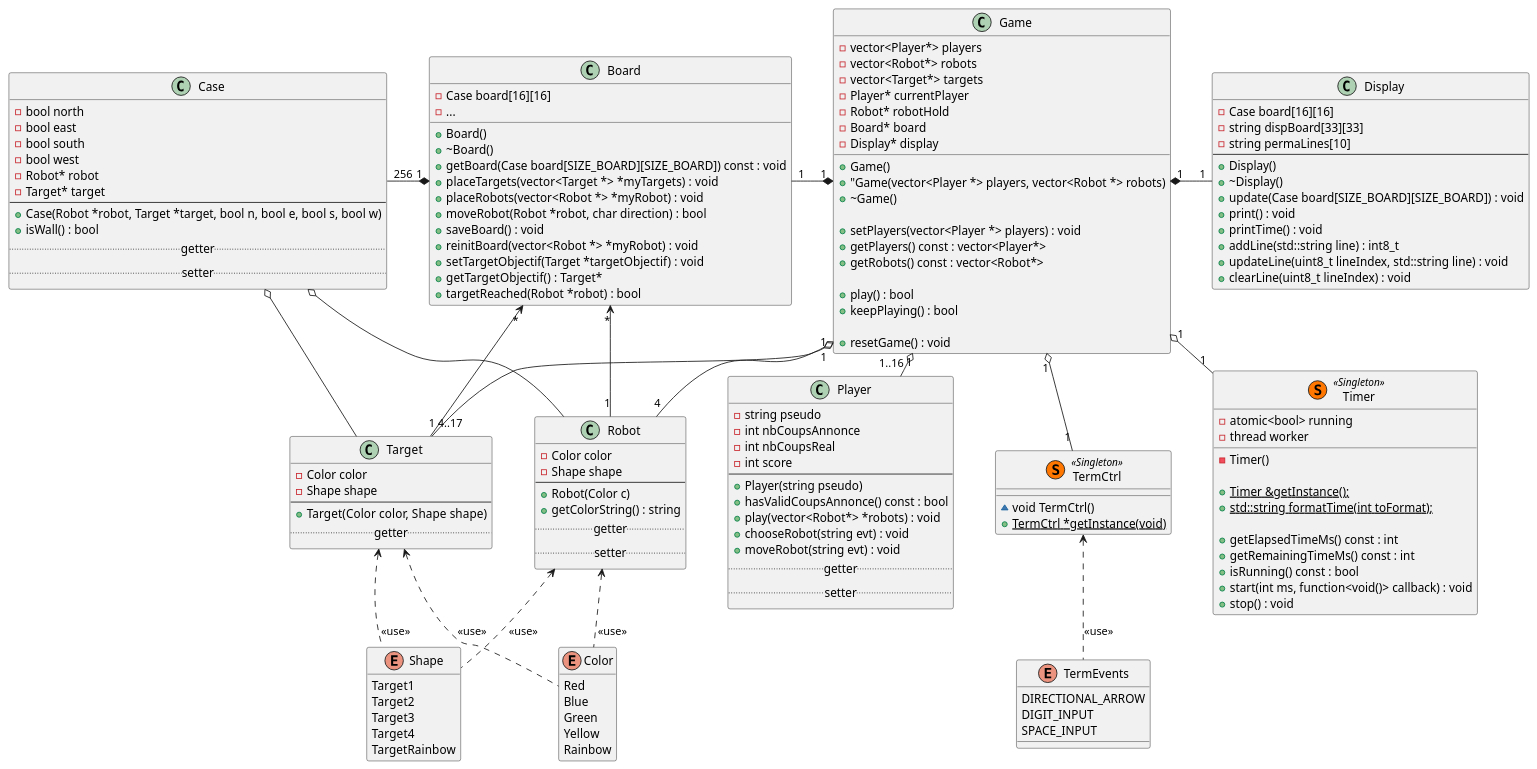
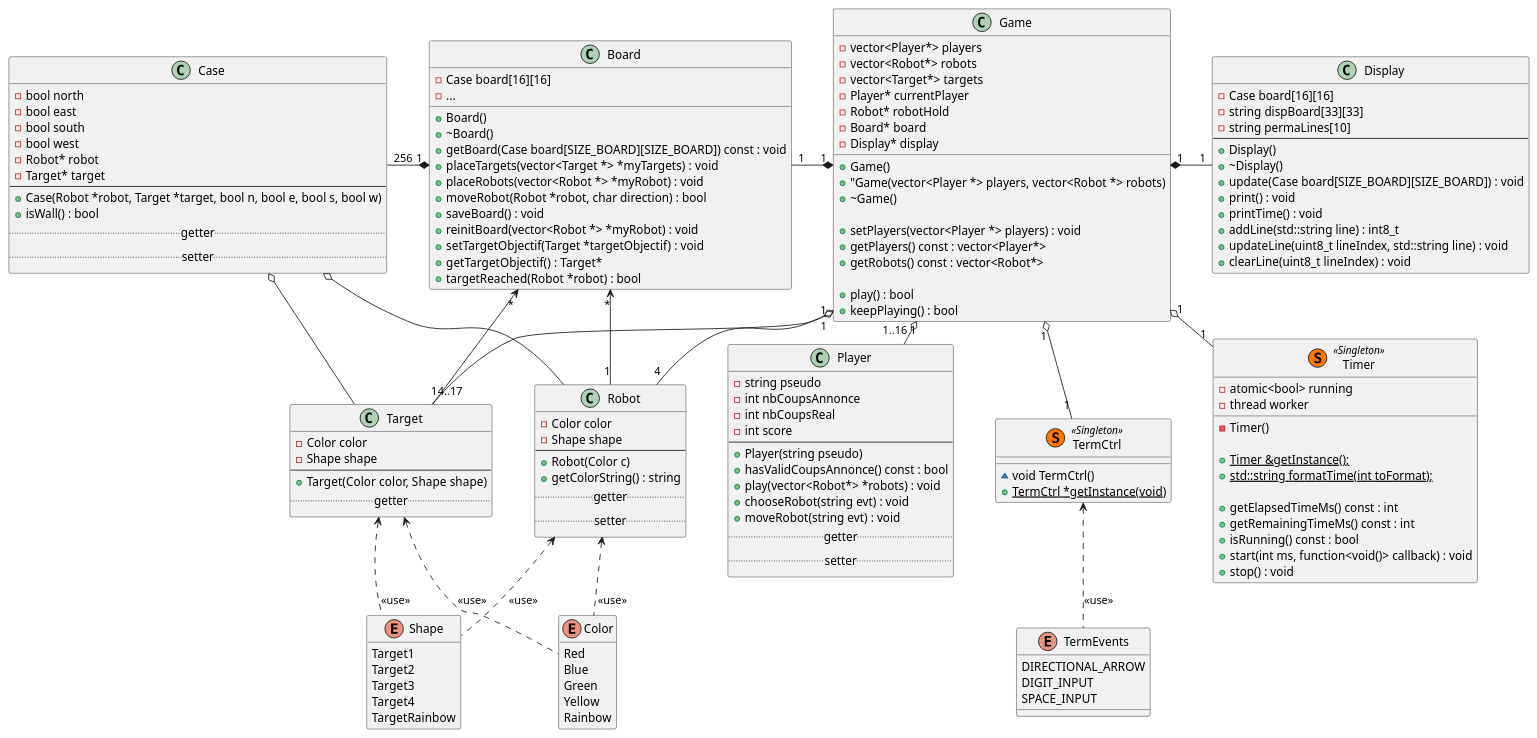
Before and after one commit to ECN-SEC-SMP/tp11-note-nath-jack-elou-euge: the diagram in doc/UMLDiagram.puml, drawn with PlantUML. The commit also changed 16 other files, not shown here.

```diff
--- a/doc/UMLDiagram.puml
+++ b/doc/UMLDiagram.puml
@@ -1,184 +1,182 @@
 @startuml UML Diagram
 
 skinparam nodesep 50
 skinparam ranksep 20
 
 top to bottom direction
 
 hide @unlinked
 
 class Game {
     - vector<Player*> players
     - vector<Robot*> robots
     - vector<Target*> targets
     - Player* currentPlayer
     - Robot* robotHold
     - Board* board
     - Display* display
 
     + Game()
     + "Game(vector<Player *> players, vector<Robot *> robots)
     + ~Game()
 
     + setPlayers(vector<Player *> players) : void
     + getPlayers() const : vector<Player*>
     + getRobots() const : vector<Robot*>
 
     + play() : bool
-    + keepPlaying() : bool
-    
-    + resetGame() : void
+    + keepPlaying() : bool    
 }
 
 Game "1" *-left- "1" Board
 Game "1" *-right- "1" Display
 Game "1" o-- "1..16" Player
 Game "1" o-- "4" Robot
 Game "1" o-- "4..17" Target
 Game "1" o-- "1" TermCtrl
 Game "1" o-- "1" Timer
 
 class Player {
     - string pseudo
     - int nbCoupsAnnonce
     - int nbCoupsReal
     - int score
     ---
     + Player(string pseudo)
     + hasValidCoupsAnnonce() const : bool
     + play(vector<Robot*> *robots) : void
     + chooseRobot(string evt) : void
     + moveRobot(string evt) : void
     .. getter ..
     .. setter ..
 }
 
 class Board {
     - Case board[16][16]
     - ...
 
     + Board()
     + ~Board()
     + getBoard(Case board[SIZE_BOARD][SIZE_BOARD]) const : void
     + placeTargets(vector<Target *> *myTargets) : void
     + placeRobots(vector<Robot *> *myRobot) : void
     + moveRobot(Robot *robot, char direction) : bool
     + saveBoard() : void
     + reinitBoard(vector<Robot *> *myRobot) : void
     + setTargetObjectif(Target *targetObjectif) : void
     + getTargetObjectif() : Target*
     + targetReached(Robot *robot) : bool
 }
 
 Board "1" *-left- "256" Case
 Board "*" <-down- "1" Robot
 Board "*" <-down- "1" Target
 
 class Case {
     - bool north
     - bool east
     - bool south
     - bool west
     - Robot* robot
     - Target* target
     ---
     + Case(Robot *robot, Target *target, bool n, bool e, bool s, bool w)
     + isWall() : bool
     .. getter ..
     .. setter ..
 }
 
 Case o-- Robot
 Case o-- Target
 
 class Robot {
     - Color color
     - Shape shape
     --
     + Robot(Color c)
     + getColorString() : string
     .. getter ..
     .. setter ..
 }
 
 class Target {
     - Color color
     - Shape shape
     --
     + Target(Color color, Shape shape)
     .. getter ..
 }
 
 class Display {
     - Case board[16][16]
     - string dispBoard[33][33]
     - string permaLines[10]
     --
     + Display()
     + ~Display()
     + update(Case board[SIZE_BOARD][SIZE_BOARD]) : void
     + print() : void
     + printTime() : void
     + addLine(std::string line) : int8_t
     + updateLine(uint8_t lineIndex, std::string line) : void
     + clearLine(uint8_t lineIndex) : void
 }
 
 enum TermEvents {
     DIRECTIONAL_ARROW
     DIGIT_INPUT
     SPACE_INPUT
 }
 
 class TermCtrl << (S,#FF7700) Singleton >> {
     ~void TermCtrl()
     + {static} TermCtrl *getInstance(void)
 }
 
 ' TermCtrl::getInstance --> TermCtrl::TermCtrl
 
 TermCtrl <.. TermEvents : "<<use>>"
 
 class Timer << (S,#FF7700) Singleton >> {
 
     - atomic<bool> running
     - thread worker
 
     - Timer()
 
     + {static} Timer &getInstance();
     + {static} std::string formatTime(int toFormat);
 
     + getElapsedTimeMs() const : int
     + getRemainingTimeMs() const : int
     + isRunning() const : bool
     + start(int ms, function<void()> callback) : void
     + stop() : void
 
 }
 
 
 Target <.. Color : "<<use>>"
 Target <.. Shape : "<<use>>"
 Robot <.. Color : "<<use>>"
 Robot <.. Shape : "<<use>>"
 
 hide Color methods
 enum Color {
     Red
     Blue
     Green
     Yellow
     Rainbow
 }
 
 hide Shape methods
 enum Shape {
     Target1
     Target2
     Target3
     Target4
     TargetRainbow
 }
 
 @enduml
```
